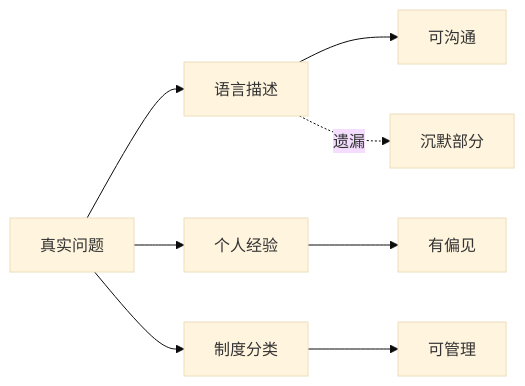
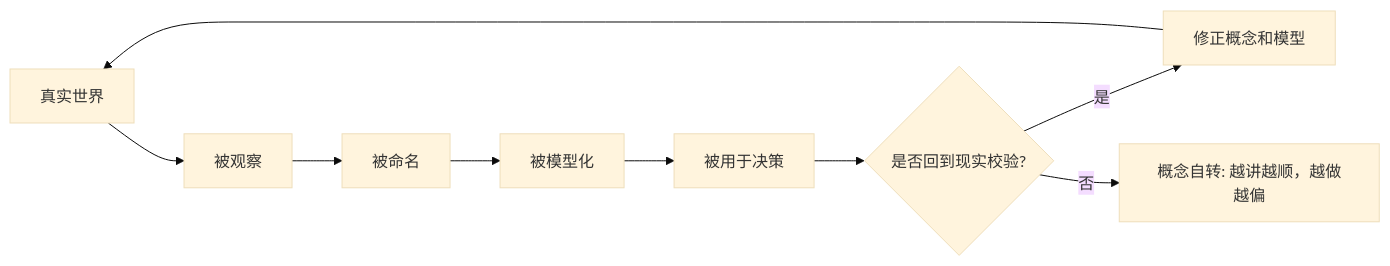
The second of 3 diagrams in 202605/20260518_32.md (digoal/blog), drawn with Mermaid (base theme) before and after one commit. The commit also changed other lines of this file and 26 other files, not shown here.

````diff
--- a/202605/20260518_32.md
+++ b/202605/20260518_32.md
@@ -21,10 +81,11 @@
 ```mermaid
 flowchart LR
-  A["真实问题"] --> B["语言描述"]
-  A --> C["个人经验"]
-  A --> D["制度分类"]
-  B --> E["可沟通"]
-  C --> F["有偏见"]
-  D --> G["可管理"]
-  B -. "遗漏" .-> H["沉默部分"]
+  A["真实世界"] --> B["被观察"]
+  B --> C["被命名"]
+  C --> D["被模型化"]
+  D --> E["被用于决策"]
+  E --> F{"是否回到现实校验?"}
+  F -->|"是"| G["修正概念和模型"]
+  F -->|"否"| H["概念自转: 越讲越顺，越做越偏"]
+  G --> A
 ```
````
